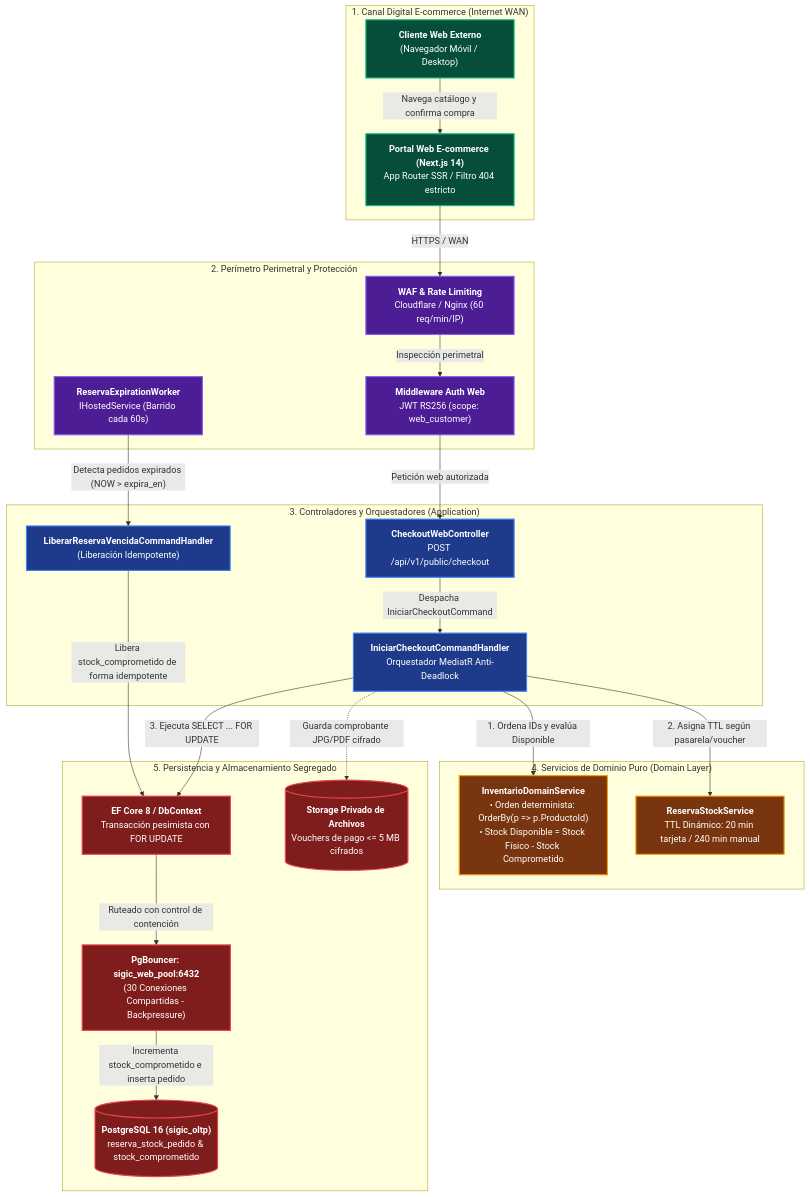
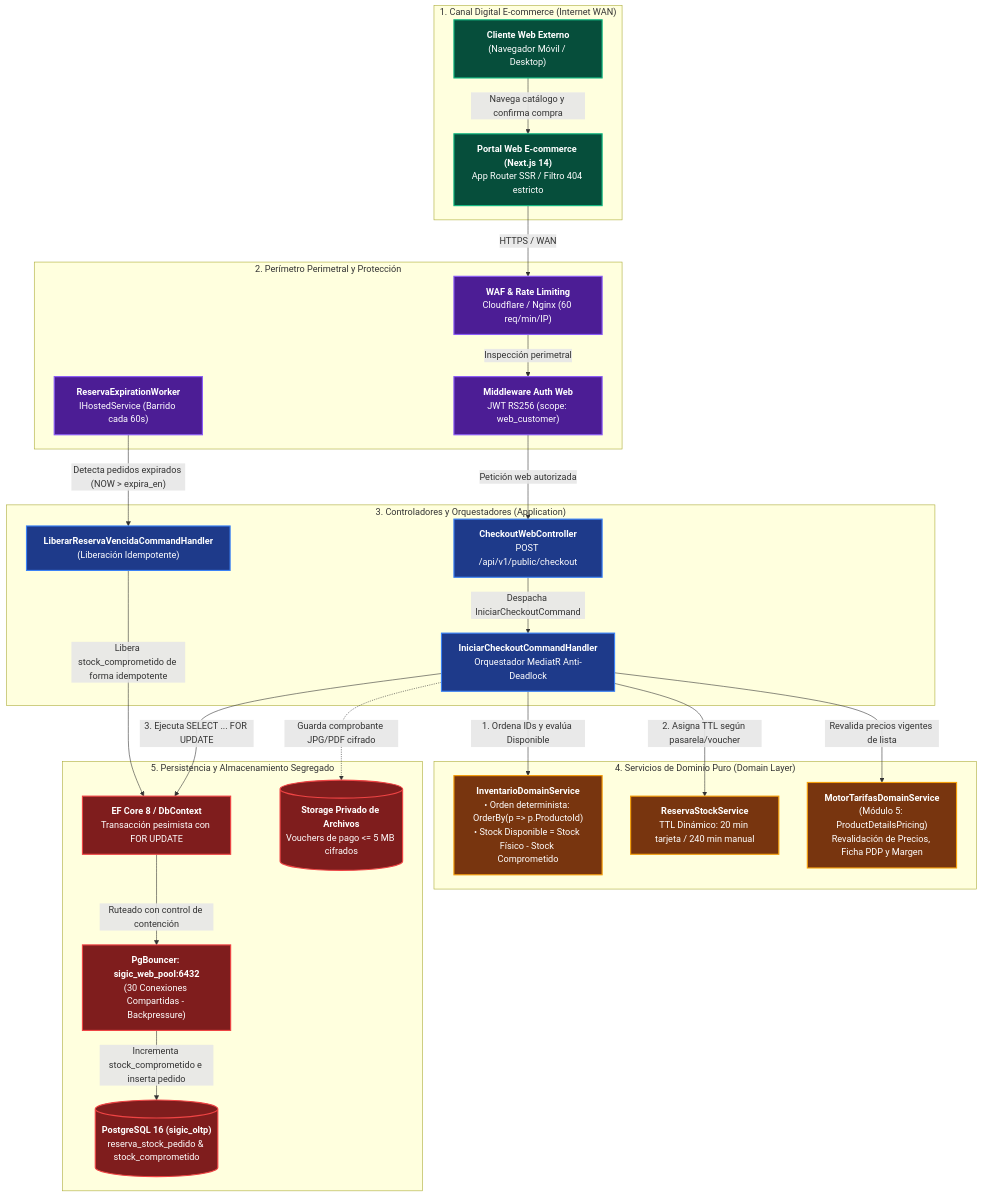
Before and after one commit to Crhisxp/SIGIC-arquitSoft-proyecto-final: the second of 2 diagrams in 04-modelo-c4/Nivel3-Diagrama-de-Componentes.md, drawn with Mermaid. The commit also changed other lines of this file and 80 other files, not shown here.

````diff
--- a/04-modelo-c4/Nivel3-Diagrama-de-Componentes.md
+++ b/04-modelo-c4/Nivel3-Diagrama-de-Componentes.md
@@ -118,76 +118,78 @@
 ```mermaid
 flowchart TD
     %% ========================================================
     %% ACTOR Y FRONTEND WEB (VERDE)
     %% ========================================================
     subgraph UI_WEB ["1. Canal Digital E-commerce (Internet WAN)"]
         ACT_WEB["<b>Cliente Web Externo</b><br/>(Navegador Móvil / Desktop)"]
         PORTAL_WEB["<b>Portal Web E-commerce (Next.js 14)</b><br/>App Router SSR / Filtro 404 estricto"]
     end
 
     %% ========================================================
     %% SEGURIDAD Y PERÍMETRO (MORADO)
     %% ========================================================
     subgraph SEC_WEB ["2. Perímetro Perimetral y Protección"]
         WAF_WEB["<b>WAF & Rate Limiting</b><br/>Cloudflare / Nginx (60 req/min/IP)"]
         MW_WEB["<b>Middleware Auth Web</b><br/>JWT RS256 (scope: web_customer)"]
         WORKER_EXP["<b>ReservaExpirationWorker</b><br/>IHostedService (Barrido cada 60s)"]
     end
 
     %% ========================================================
     %% CAPA PRESENTACIÓN Y APLICACIÓN (AZUL)
     %% ========================================================
     subgraph APP_WEB ["3. Controladores y Orquestadores (Application)"]
         CTRL_CHECK["<b>CheckoutWebController</b><br/>POST /api/v1/public/checkout"]
         CMD_CHECK["<b>IniciarCheckoutCommandHandler</b><br/>Orquestador MediatR Anti-Deadlock"]
         CMD_LIB["<b>LiberarReservaVencidaCommandHandler</b><br/>(Liberación Idempotente)"]
     end
 
     %% ========================================================
     %% CAPA DOMINIO (AMARILLO)
     %% ========================================================
     subgraph DOM_WEB ["4. Servicios de Dominio Puro (Domain Layer)"]
         SRV_INV_WEB["<b>InventarioDomainService</b><br/>• Orden determinista: OrderBy(p => p.ProductoId)<br/>• Stock Disponible = Stock Físico - Stock Comprometido"]
         SRV_RES["<b>ReservaStockService</b><br/>TTL Dinámico: 20 min tarjeta / 240 min manual"]
+        SRV_TAR_WEB["<b>MotorTarifasDomainService</b><br/>(Módulo 5: ProductDetailsPricing)<br/>Revalidación de Precios, Ficha PDP y Margen"]
     end
 
     %% ========================================================
     %% PERSISTENCIA Y STORAGE (ROJO)
     %% ========================================================
     subgraph DATA_WEB ["5. Persistencia y Almacenamiento Segregado"]
         EF_WEB["<b>EF Core 8 / DbContext</b><br/>Transacción pesimista con FOR UPDATE"]
         POOL_WEB["<b>PgBouncer: sigic_web_pool:6432</b><br/>(30 Conexiones Compartidas - Backpressure)"]
         DB_WEB[("<b>PostgreSQL 16 (sigic_oltp)</b><br/>reserva_stock_pedido & stock_comprometido")]
         STORAGE_PRIV[("<b>Storage Privado de Archivos</b><br/>Vouchers de pago <= 5 MB cifrados")]
     end
 
     %% Conexiones de Flujo Web
     ACT_WEB -->|"Navega catálogo y confirma compra"| PORTAL_WEB
     PORTAL_WEB -->|"HTTPS / WAN"| WAF_WEB
     WAF_WEB -->|"Inspección perimetral"| MW_WEB
     MW_WEB -->|"Petición web autorizada"| CTRL_CHECK
     CTRL_CHECK -->|"Despacha IniciarCheckoutCommand"| CMD_CHECK
+    CMD_CHECK -->|"Revalida precios vigentes de lista"| SRV_TAR_WEB
     CMD_CHECK -->|"1. Ordena IDs y evalúa Disponible"| SRV_INV_WEB
     CMD_CHECK -->|"2. Asigna TTL según pasarela/voucher"| SRV_RES
     CMD_CHECK -->|"3. Ejecuta SELECT ... FOR UPDATE"| EF_WEB
     EF_WEB -->|"Ruteado con control de contención"| POOL_WEB
     POOL_WEB -->|"Incrementa stock_comprometido e inserta pedido"| DB_WEB
     CMD_CHECK -.->|"Guarda comprobante JPG/PDF cifrado"| STORAGE_PRIV
 
     %% Flujo Asíncrono de Expiración
     WORKER_EXP -->|"Detecta pedidos expirados (NOW > expira_en)"| CMD_LIB
     CMD_LIB -->|"Libera stock_comprometido de forma idempotente"| EF_WEB
 
     %% Paleta Semántica: Verde (UI), Azul (API/App), Amarillo (Domain), Rojo (Data), Morado (Seguridad)
     classDef verdeUI fill:#064e3b,stroke:#10b981,stroke-width:2px,color:#ffffff;
     classDef azulAPI fill:#1e3a8a,stroke:#3b82f6,stroke-width:2px,color:#ffffff;
     classDef amarilloDOM fill:#78350f,stroke:#f59e0b,stroke-width:2px,color:#ffffff;
     classDef rojoDATA fill:#7f1d1d,stroke:#ef4444,stroke-width:2px,color:#ffffff;
     classDef moradoSEC fill:#4c1d95,stroke:#8b5cf6,stroke-width:2px,color:#ffffff;
 
     class ACT_WEB,PORTAL_WEB verdeUI;
     class CTRL_CHECK,CMD_CHECK,CMD_LIB azulAPI;
-    class SRV_INV_WEB,SRV_RES amarilloDOM;
+    class SRV_INV_WEB,SRV_RES,SRV_TAR_WEB amarilloDOM;
     class EF_WEB,POOL_WEB,DB_WEB,STORAGE_PRIV rojoDATA;
     class WAF_WEB,MW_WEB,WORKER_EXP moradoSEC;
 ```
````
